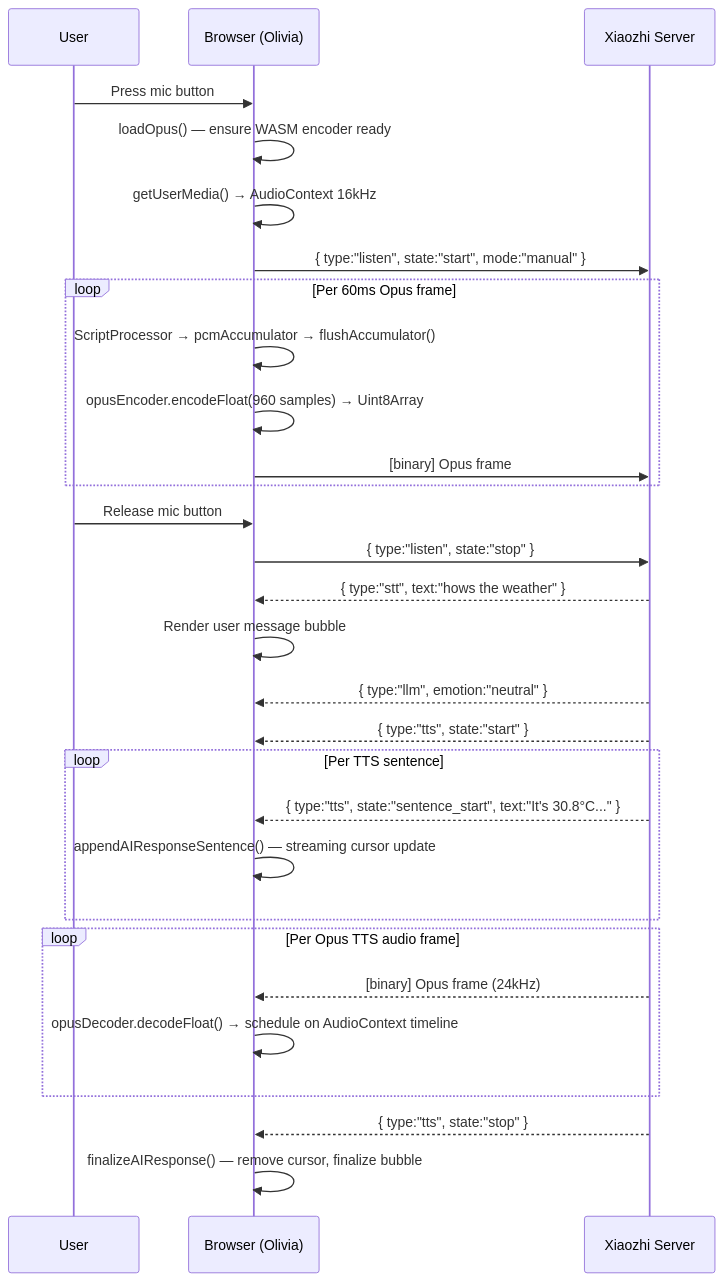
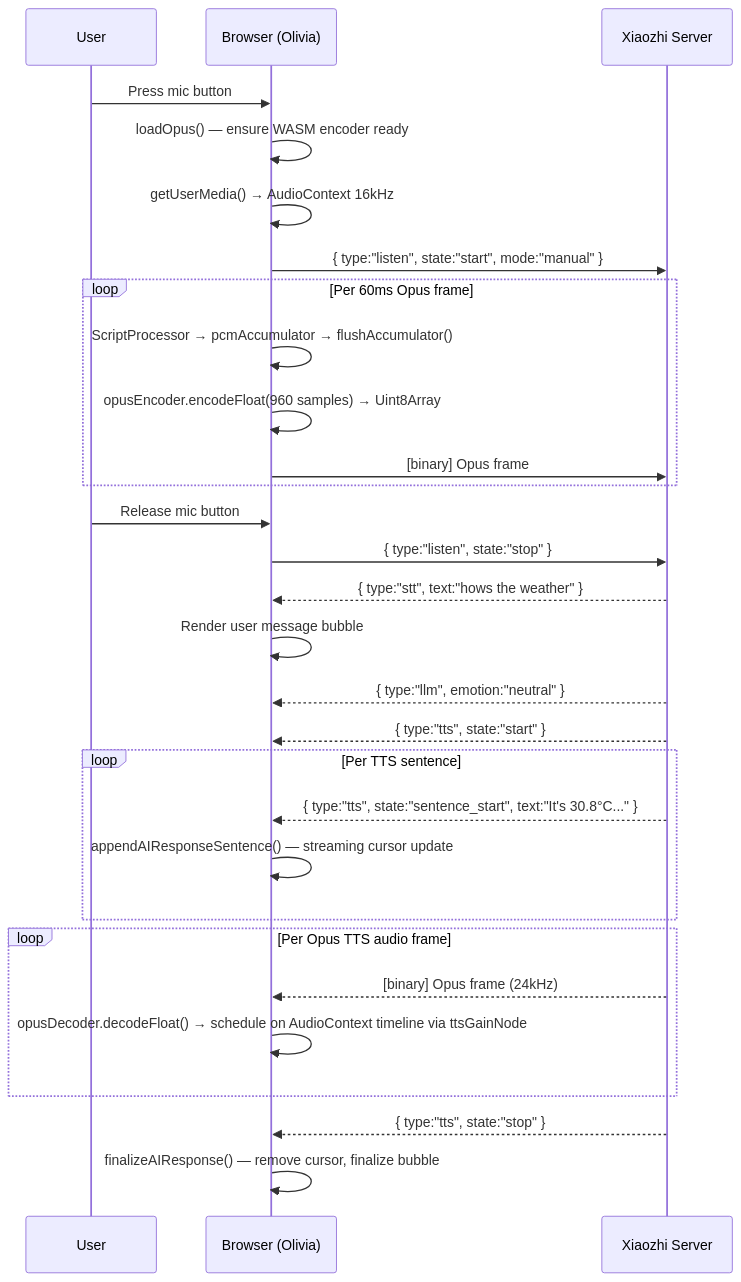
One commit to roalfb/olivia-ai changed the third of 7 diagrams in README.md. Above: the diagram before and after it, drawn with Mermaid. The commit also changed other lines of this file and 10 other files, not shown here.

````diff
--- a/README.md
+++ b/README.md
@@ -882,32 +1184,32 @@
 ```mermaid
 sequenceDiagram
     participant U as User
     participant B as Browser (Olivia)
     participant X as Xiaozhi Server
 
     U->>B: Press mic button
     B->>B: loadOpus() — ensure WASM encoder ready
     B->>B: getUserMedia() → AudioContext 16kHz
     B->>X: { type:"listen", state:"start", mode:"manual" }
     loop Per 60ms Opus frame
         B->>B: ScriptProcessor → pcmAccumulator → flushAccumulator()
         B->>B: opusEncoder.encodeFloat(960 samples) → Uint8Array
         B->>X: [binary] Opus frame
     end
     U->>B: Release mic button
     B->>X: { type:"listen", state:"stop" }
     X-->>B: { type:"stt", text:"hows the weather" }
     B->>B: Render user message bubble
     X-->>B: { type:"llm", emotion:"neutral" }
     X-->>B: { type:"tts", state:"start" }
     loop Per TTS sentence
         X-->>B: { type:"tts", state:"sentence_start", text:"It's 30.8°C..." }
         B->>B: appendAIResponseSentence() — streaming cursor update
     end
     loop Per Opus TTS audio frame
         X-->>B: [binary] Opus frame (24kHz)
-        B->>B: opusDecoder.decodeFloat() → schedule on AudioContext timeline
+        B->>B: opusDecoder.decodeFloat() → schedule on AudioContext timeline via ttsGainNode
     end
     X-->>B: { type:"tts", state:"stop" }
     B->>B: finalizeAIResponse() — remove cursor, finalize bubble
 ```
````
